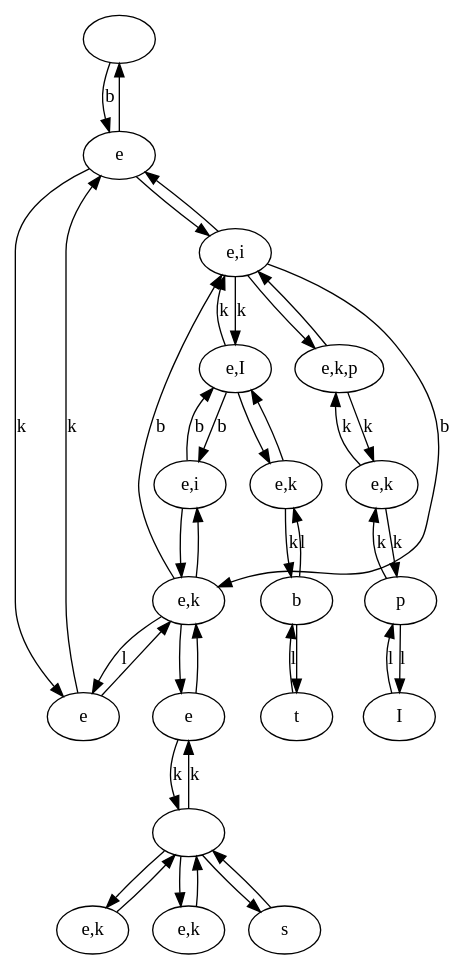
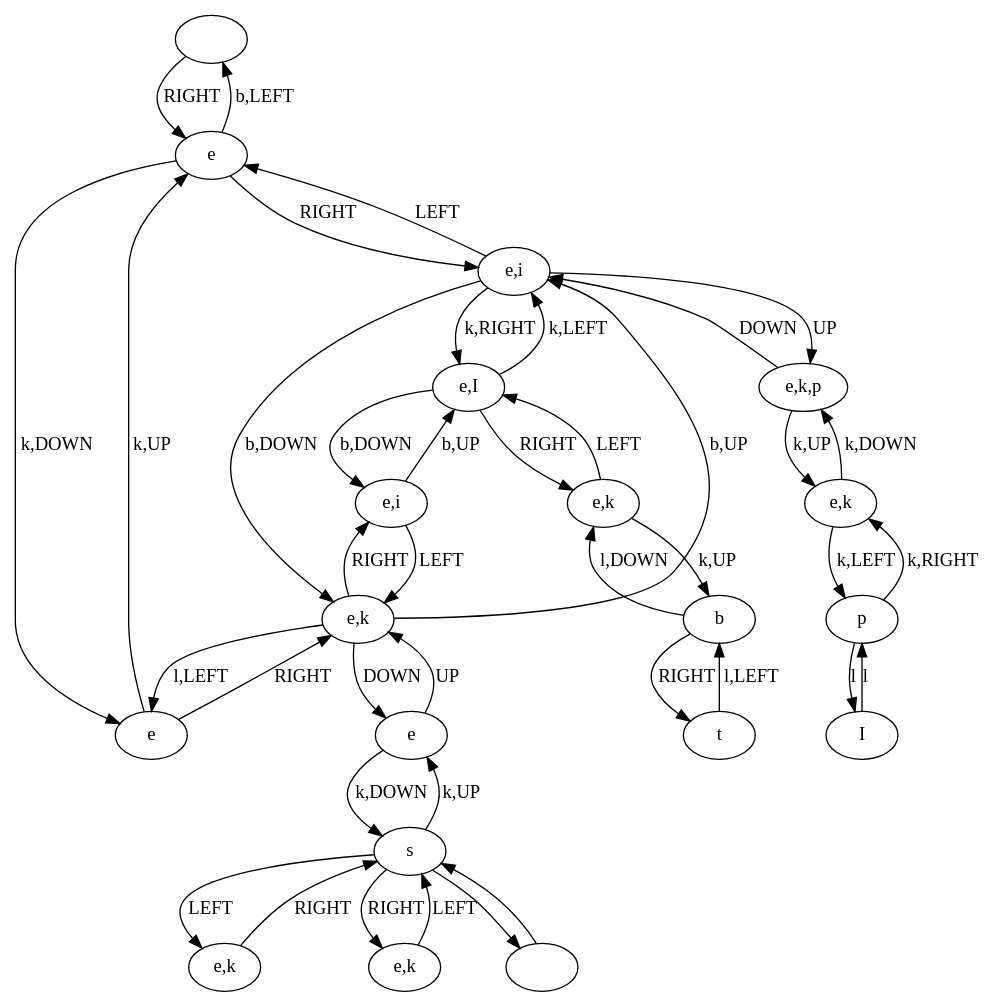
The diagram in data/VGLC/Zelda/Graph Processed/LoZ_1.dot (schrum2/GameGAN), drawn with Graphviz before and after one commit. The commit also changed 596 other files, not shown here.

```diff
--- a/data/VGLC/Zelda/Graph Processed/LoZ_1.dot
+++ b/data/VGLC/Zelda/Graph Processed/LoZ_1.dot
@@ -1,61 +1,61 @@
 digraph {
 0 [label=""]
 1 [label="e,I"]
 2 [label="I"]
 3 [label="e,k"]
 4 [label="e"]
 5 [label="e,k"]
 6 [label="e,k"]
-7 [label="s"]
-8 [label=""]
+7 [label=""]
+8 [label="s"]
 9 [label="e,i"]
 10 [label="e"]
 11 [label="t"]
 12 [label="e,k,p"]
 13 [label="e,i"]
 14 [label="e"]
 15 [label="b"]
 16 [label="e,k"]
 17 [label="e,k"]
 18 [label="p"]
 7 -> 8 [label=""]
 8 -> 7 [label=""]
-8 -> 4 [label="k"]
-4 -> 8 [label="k"]
-10 -> 14 [label="k"]
-14 -> 10 [label="k"]
-13 -> 1 [label="k"]
-1 -> 13 [label="k"]
-16 -> 18 [label="k"]
-18 -> 16 [label="k"]
+8 -> 4 [label="k,UP"]
+4 -> 8 [label="k,DOWN"]
+10 -> 14 [label="k,UP"]
+14 -> 10 [label="k,DOWN"]
+13 -> 1 [label="k,RIGHT"]
+1 -> 13 [label="k,LEFT"]
+16 -> 18 [label="k,LEFT"]
+18 -> 16 [label="k,RIGHT"]
 18 -> 2 [label="l"]
 2 -> 18 [label="l"]
-3 -> 9 [label=""]
-9 -> 3 [label=""]
-8 -> 5 [label=""]
-5 -> 8 [label=""]
-8 -> 6 [label=""]
-6 -> 8 [label=""]
-17 -> 15 [label="k"]
-15 -> 17 [label="l"]
-15 -> 11 [label=""]
-11 -> 15 [label="l"]
-10 -> 3 [label=""]
-3 -> 10 [label="l"]
-14 -> 0 [label=""]
-0 -> 14 [label="b"]
-12 -> 16 [label="k"]
-16 -> 12 [label="k"]
-12 -> 13 [label=""]
-13 -> 12 [label=""]
-4 -> 3 [label=""]
-3 -> 4 [label=""]
-13 -> 14 [label=""]
-14 -> 13 [label=""]
-9 -> 1 [label="b"]
-1 -> 9 [label="b"]
-3 -> 13 [label="b"]
-13 -> 3 [label="b"]
-1 -> 17 [label=""]
-17 -> 1 [label=""]
+3 -> 9 [label="RIGHT"]
+9 -> 3 [label="LEFT"]
+8 -> 5 [label="LEFT"]
+5 -> 8 [label="RIGHT"]
+8 -> 6 [label="RIGHT"]
+6 -> 8 [label="LEFT"]
+17 -> 15 [label="k,UP"]
+15 -> 17 [label="l,DOWN"]
+15 -> 11 [label="RIGHT"]
+11 -> 15 [label="l,LEFT"]
+10 -> 3 [label="RIGHT"]
+3 -> 10 [label="l,LEFT"]
+14 -> 0 [label="b,LEFT"]
+0 -> 14 [label="RIGHT"]
+12 -> 16 [label="k,UP"]
+16 -> 12 [label="k,DOWN"]
+12 -> 13 [label="DOWN"]
+13 -> 12 [label="UP"]
+4 -> 3 [label="UP"]
+3 -> 4 [label="DOWN"]
+13 -> 14 [label="LEFT"]
+14 -> 13 [label="RIGHT"]
+9 -> 1 [label="b,UP"]
+1 -> 9 [label="b,DOWN"]
+3 -> 13 [label="b,UP"]
+13 -> 3 [label="b,DOWN"]
+1 -> 17 [label="RIGHT"]
+17 -> 1 [label="LEFT"]
 }
```
